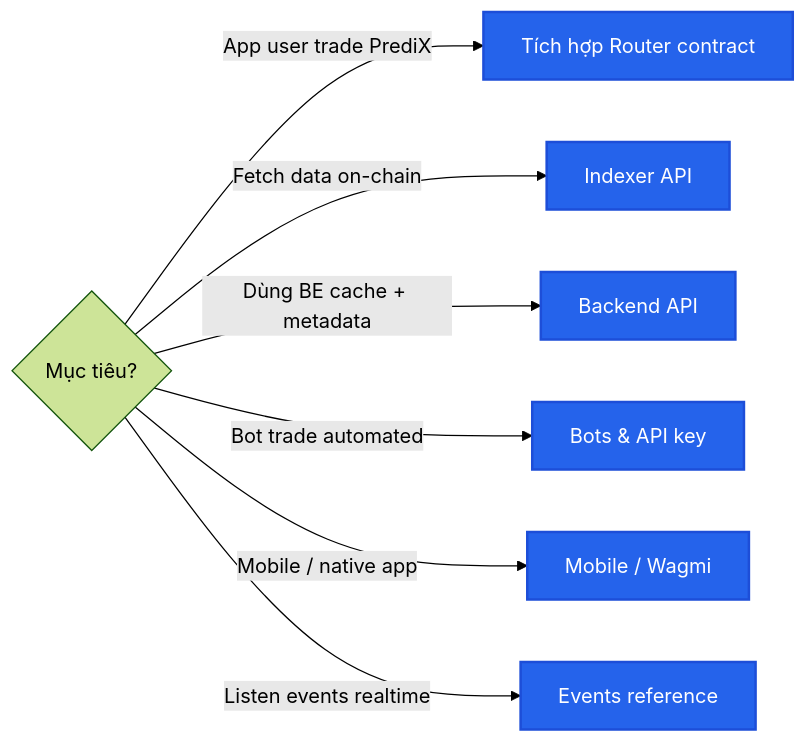
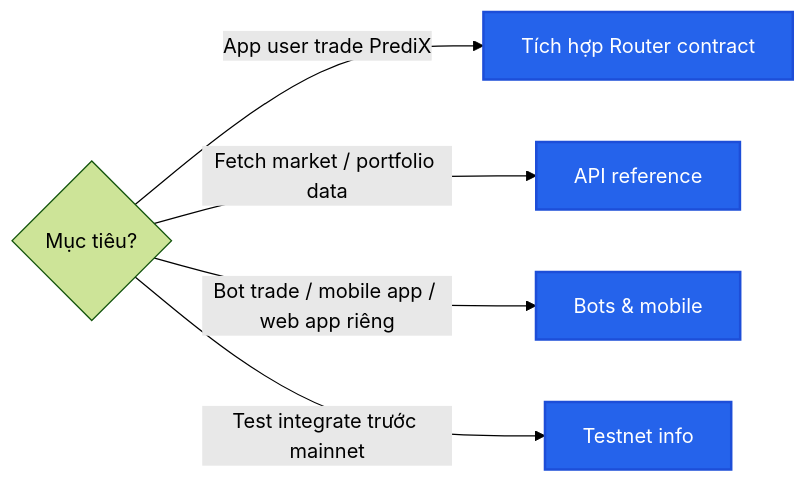
One commit to PrediX-Protocol/predix-docs changed the diagram in vi_v6/developers/README.md. Above: the diagram before and after it, drawn with Mermaid (forest theme). The commit also changed other lines of this file and 28 other files, not shown here.

````diff
--- a/vi_v6/developers/README.md
+++ b/vi_v6/developers/README.md
@@ -7,13 +7,11 @@
 ```mermaid
 flowchart LR
     Goal{Mục tiêu?}
     Goal -->|App user trade PrediX| R[Tích hợp Router contract]
-    Goal -->|Fetch data on-chain| I[Indexer API]
-    Goal -->|Dùng BE cache + metadata| BE[Backend API]
-    Goal -->|Bot trade automated| BO[Bots & API key]
-    Goal -->|Mobile / native app| M[Mobile / Wagmi]
-    Goal -->|Listen events realtime| EV[Events reference]
+    Goal -->|Fetch market / portfolio data| API[API reference]
+    Goal -->|Bot trade / mobile app / web app riêng| BO[Bots & mobile]
+    Goal -->|Test integrate trước mainnet| T[Testnet info]
 
     classDef opt fill:#2563eb,stroke:#1d4ed8,color:#fff,stroke-width:2px
-    class R,I,BE,BO,M,EV opt
+    class R,API,BO,T opt
 ```
````
